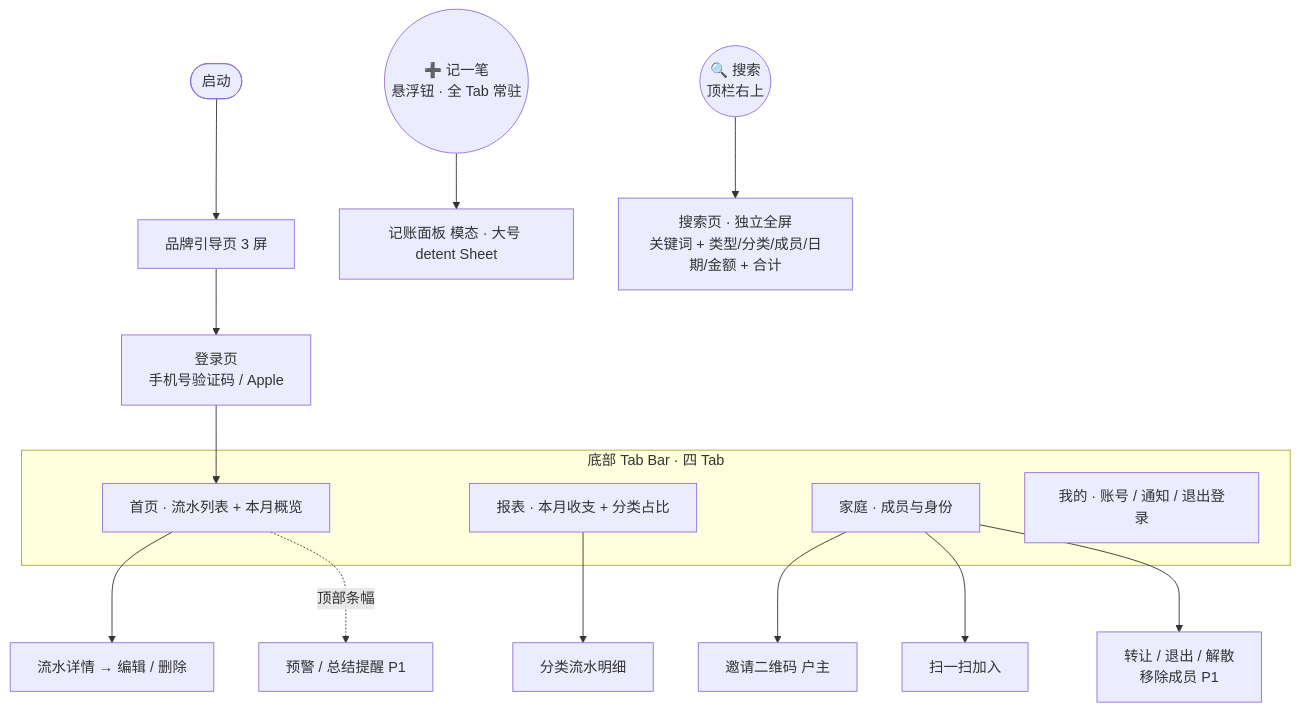
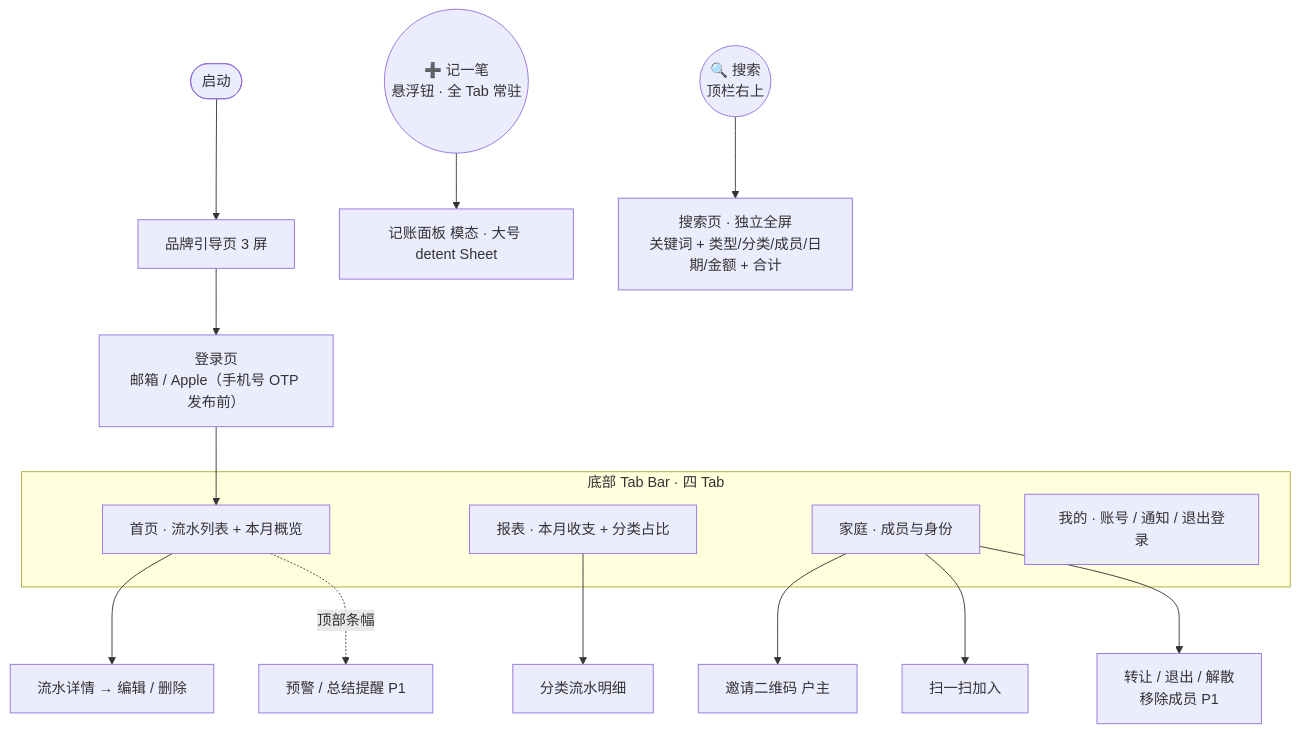
Before and after one commit to raochen0000/HomeBook: the diagram in docs/IA.md, drawn with Mermaid. The commit also changed other lines of this file and 4 other files, not shown here.

````diff
--- a/docs/IA.md
+++ b/docs/IA.md
@@ -49,28 +49,28 @@
 ```mermaid
 flowchart TD
     Start([启动]) --> Guide[品牌引导页 3 屏]
-    Guide --> Login[登录页<br/>手机号验证码 / Apple]
+    Guide --> Login[登录页<br/>邮箱 / Apple（手机号 OTP 发布前）]
     Login --> Home
 
     subgraph 主框架[底部 Tab Bar · 四 Tab]
       Home[首页 · 流水列表 + 本月概览]
       Report[报表 · 本月收支 + 分类占比]
       Family[家庭 · 成员与身份]
       Mine[我的 · 账号 / 通知 / 退出登录]
     end
 
     Add((➕ 记一笔<br/>悬浮钮 · 全 Tab 常驻))
     Search((🔍 搜索<br/>顶栏右上))
 
     Home --> Detail[流水详情 → 编辑 / 删除]
     Home -.顶部条幅.-> Banner[预警 / 总结提醒 P1]
 
     Add --> AddPanel[记账面板 模态 · 大号 detent Sheet]
     Search --> SearchPage[搜索页 · 独立全屏<br/>关键词 + 类型/分类/成员/日期/金额 + 合计]
 
     Report --> CatList[分类流水明细]
 
     Family --> Invite[邀请二维码 户主]
     Family --> Scan[扫一扫加入]
     Family --> Manage[转让 / 退出 / 解散<br/>移除成员 P1]
 ```
````
